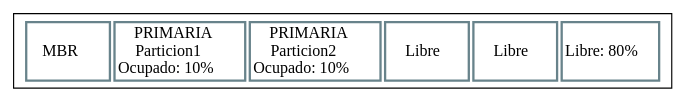
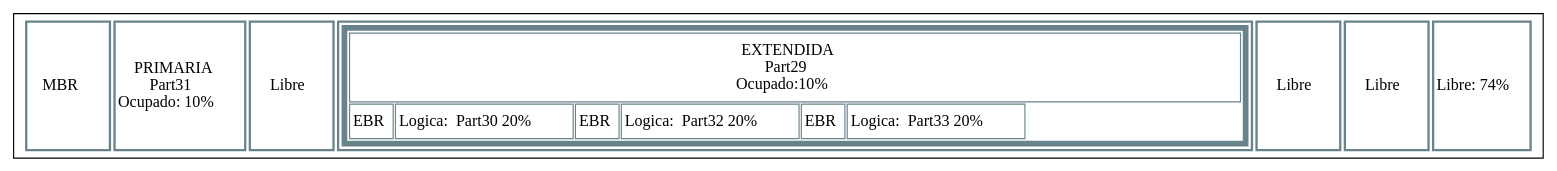
One commit to NatalyDuarte/MIA_P1_202001570 changed the diagram in Disk.dot. Above: the diagram before and after it, drawn with Graphviz. The commit also changed 21 other files, not shown here.

```diff
--- a/Disk.dot
+++ b/Disk.dot
@@ -1,9 +1,14 @@
 digraph G{
 tbl [
 shape=box
 label=<
 <table border='0' cellborder='2' width='100' height="30" color='lightblue4'>
-<tr><td height='30' width='75'> MBR </td><td height='30' width='75.0'>PRIMARIA <br/>Particion1 <br/> Ocupado: 10%</td><td height='30' width='75.0'>PRIMARIA <br/>Particion2 <br/> Ocupado: 10%</td><td height='30' width='75.0'>Libre</td><td height='30' width='75.0'>Libre</td><td height='30' width='75.0'>Libre: 80%</td>     </tr>
+<tr><td height='30' width='75'> MBR </td><td height='30' width='75.0'>PRIMARIA <br/>Part31 <br/> Ocupado: 10%</td><td height='30' width='75.0'>Libre</td><td  height='30' width='15.0'>
+<table border='5'  height='30' WIDTH='15.0' cellborder='1'>
+ <tr>  <td height='60' colspan='100%'>EXTENDIDA <br/>Part29 <br/> Ocupado:10%</td>  </tr>
+<tr><td height='30'>EBR</td><td height='30'> Logica:  Part30 20%</td><td height='30'>EBR</td><td height='30'> Logica:  Part32 20%</td><td height='30'>EBR</td><td height='30'> Logica:  Part33 20%</td></tr>
+</table>
+</td><td height='30' width='75.0'>Libre</td><td height='30' width='75.0'>Libre</td><td height='30' width='75.0'>Libre: 74%</td>     </tr>
 </table>
 >];
 }
```
